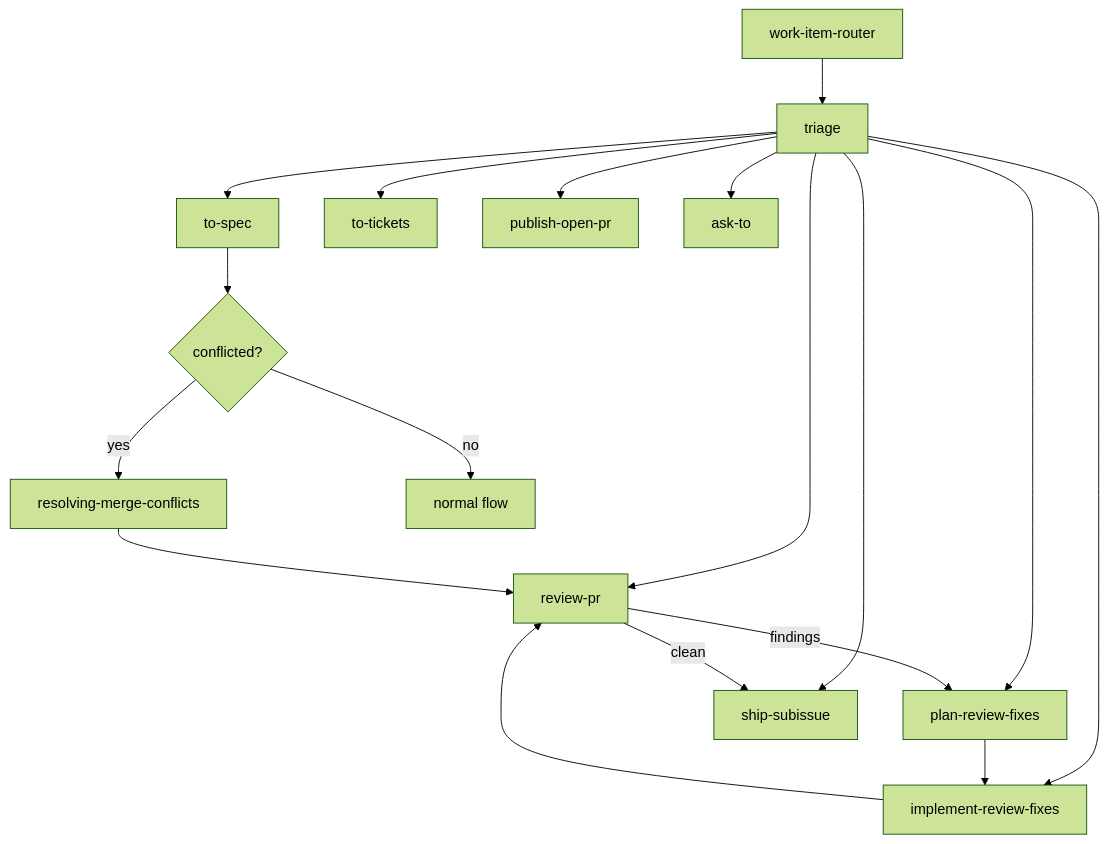
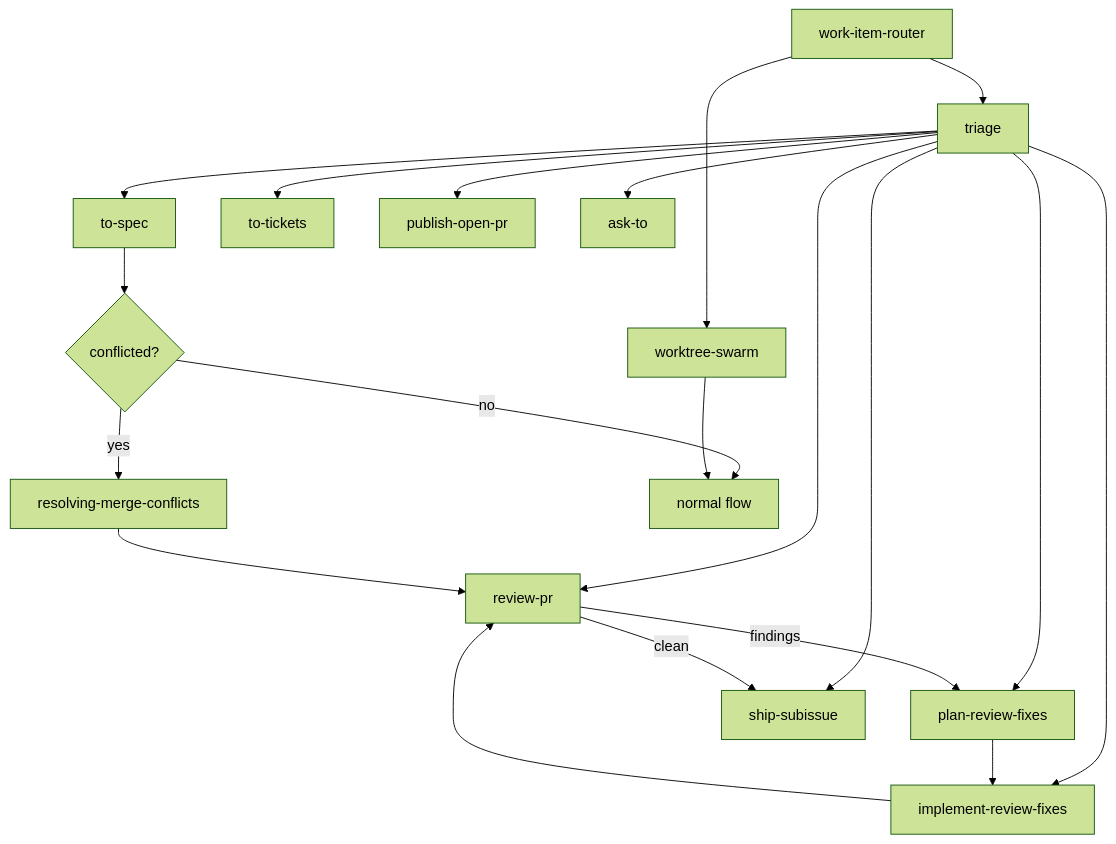
The diagram in docs/reference/agents/index.md (quantumquirkxyz/skills-quirk), drawn with Mermaid (forest theme) before and after one commit. The commit also changed other lines of this file and 14 other files, not shown here.

Commit message:
docs(workflow): document worktree swarm routing

````diff
--- a/docs/reference/agents/index.md
+++ b/docs/reference/agents/index.md
@@ -5,20 +5,22 @@
 ```mermaid
 flowchart TD
     A[work-item-router] --> B[triage]
+    A --> N[worktree-swarm]
     B --> C[to-spec]
     B --> D[to-tickets]
     B --> E[review-pr]
     B --> F[plan-review-fixes]
     B --> G[implement-review-fixes]
     B --> H[publish-open-pr]
     B --> I[ship-subissue]
     B --> J[ask-to]
     C --> K{conflicted?}
     K -->|yes| L[resolving-merge-conflicts]
     L --> E
     K -->|no| M[normal flow]
     E -->|findings| F
     F --> G
     G --> E
     E -->|clean| I
+    N --> M
 ```
````
